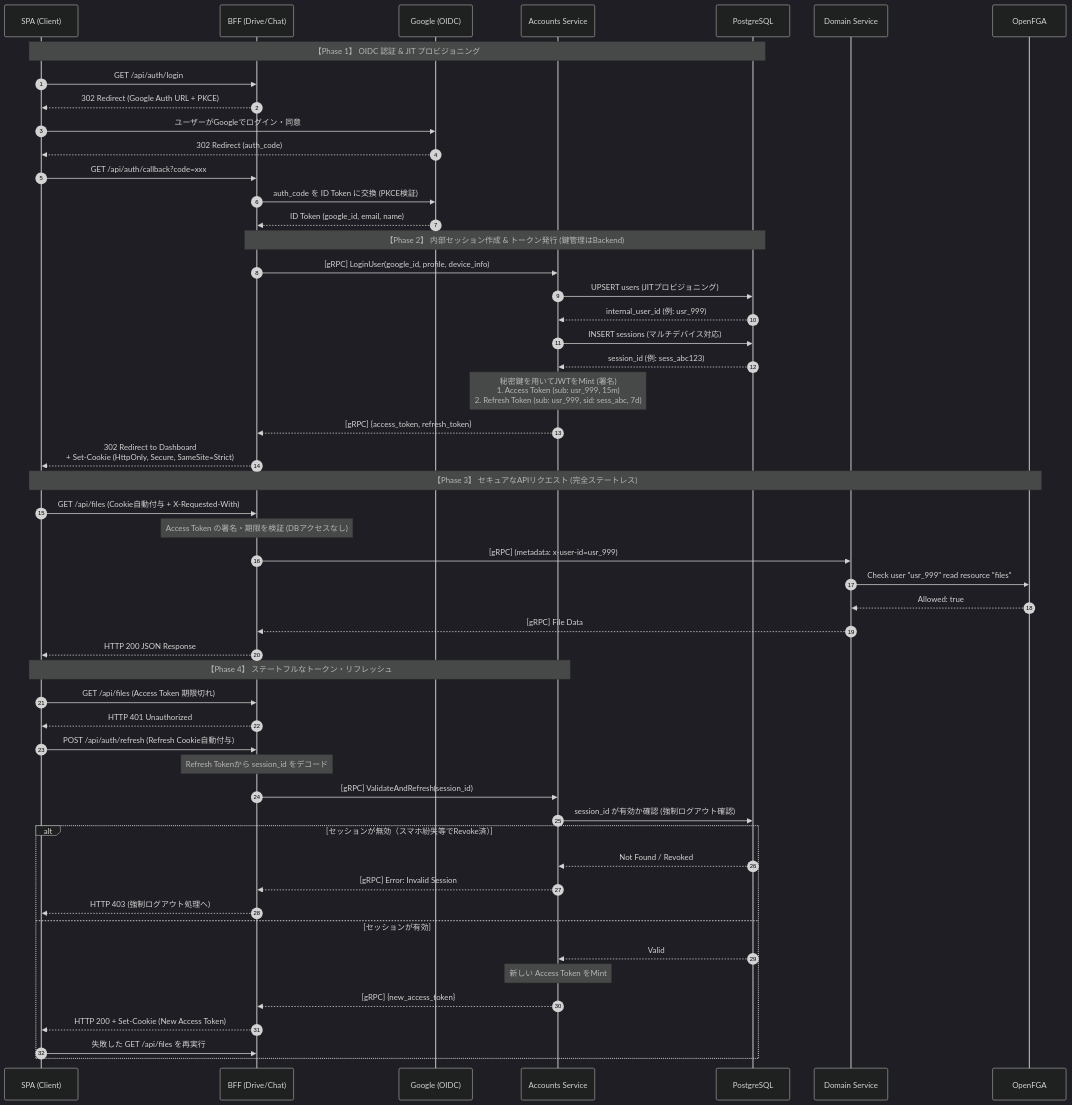
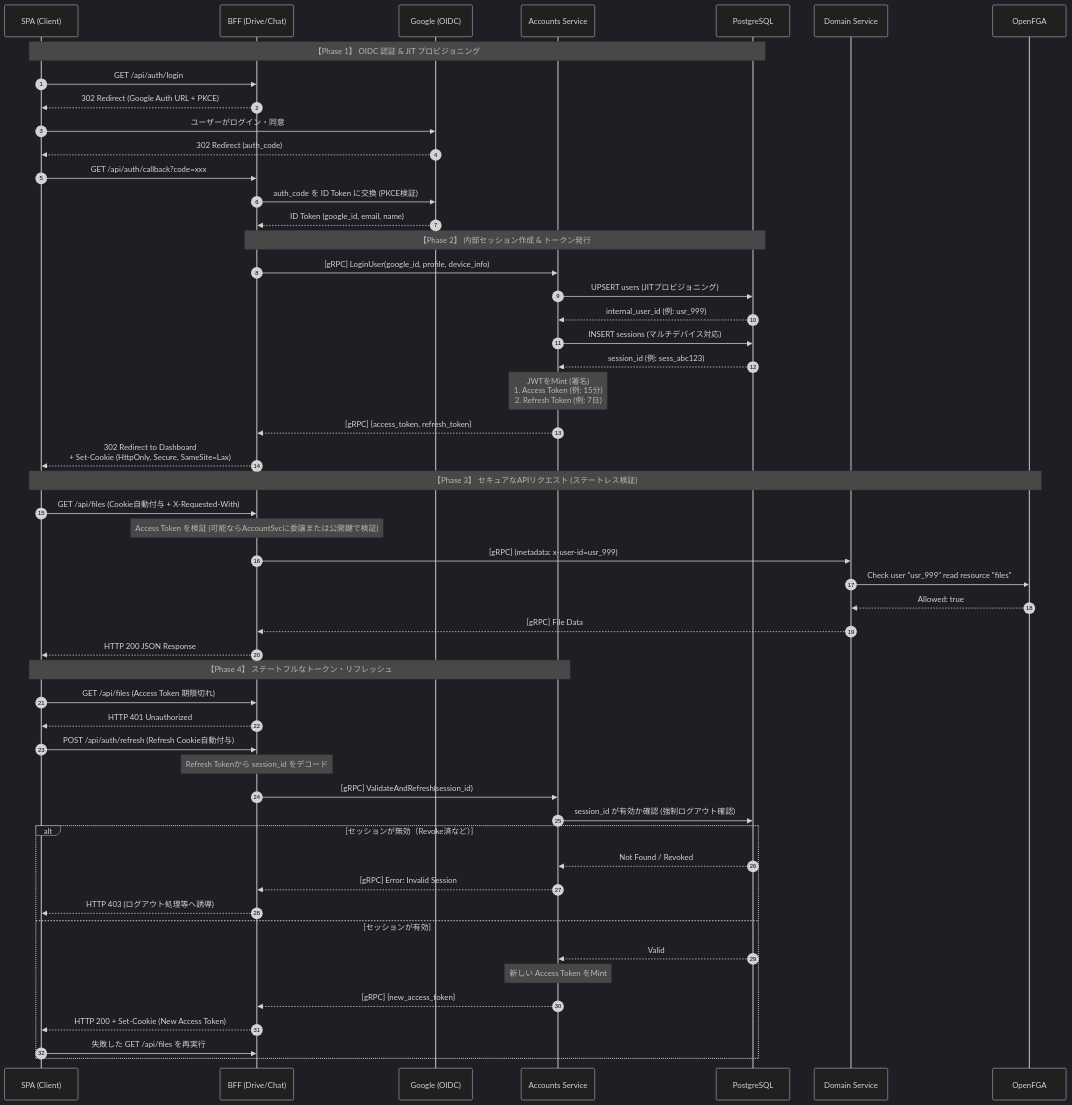
One commit to barn0w1/hss-science changed the second of 2 diagrams in docs/AUTH.md. Above: the diagram before and after it, drawn with Mermaid (dark theme). The commit also changed other lines of this file and 2 other files, not shown here.

````diff
--- a/docs/AUTH.md
+++ b/docs/AUTH.md
@@ -96,74 +133,74 @@
 ```mermaid
 sequenceDiagram
     autonumber
 
     participant SPA as SPA (Client)
     participant BFF as BFF (Drive/Chat)
     participant Google as Google (OIDC)
     participant AccountSvc as Accounts Service
     participant DB as PostgreSQL
     participant Backend as Domain Service
     participant AuthZ as OpenFGA
 
     Note over SPA,DB: 【Phase 1】 OIDC 認証 & JIT プロビジョニング
 
     SPA->>BFF: GET /api/auth/login
     BFF-->>SPA: 302 Redirect (Google Auth URL + PKCE)
-    SPA->>Google: ユーザーがGoogleでログイン・同意
+    SPA->>Google: ユーザーがログイン・同意
     Google-->>SPA: 302 Redirect (auth_code)
 
     SPA->>BFF: GET /api/auth/callback?code=xxx
     BFF->>Google: auth_code を ID Token に交換 (PKCE検証)
     Google-->>BFF: ID Token (google_id, email, name)
 
-    Note over BFF,DB: 【Phase 2】 内部セッション作成 & トークン発行 (鍵管理はBackend)
+    Note over BFF,DB: 【Phase 2】 内部セッション作成 & トークン発行
     
     BFF->>AccountSvc: [gRPC] LoginUser(google_id, profile, device_info)
     
     AccountSvc->>DB: UPSERT users (JITプロビジョニング)
     DB-->>AccountSvc: internal_user_id (例: usr_999)
     
     AccountSvc->>DB: INSERT sessions (マルチデバイス対応)
     DB-->>AccountSvc: session_id (例: sess_abc123)
     
-    Note over AccountSvc: 秘密鍵を用いてJWTをMint (署名)<br/>1. Access Token (sub: usr_999, 15m)<br/>2. Refresh Token (sub: usr_999, sid: sess_abc, 7d)
+    Note over AccountSvc: JWTをMint (署名)<br/>1. Access Token (例: 15分)<br/>2. Refresh Token (例: 7日)
     
     AccountSvc-->>BFF: [gRPC] {access_token, refresh_token}
 
-    BFF-->>SPA: 302 Redirect to Dashboard <br/> + Set-Cookie (HttpOnly, Secure, SameSite=Strict)
+    BFF-->>SPA: 302 Redirect to Dashboard <br/> + Set-Cookie (HttpOnly, Secure, SameSite=Lax)
 
-    Note over SPA,AuthZ: 【Phase 3】 セキュアなAPIリクエスト (完全ステートレス)
+    Note over SPA,AuthZ: 【Phase 3】 セキュアなAPIリクエスト (ステートレス検証)
 
     SPA->>BFF: GET /api/files (Cookie自動付与 + X-Requested-With)
-    Note over BFF: Access Token の署名・期限を検証 (DBアクセスなし)
+    Note over BFF: Access Token を検証 (可能ならAccountSvcに委譲または公開鍵で検証)
     
     BFF->>Backend: [gRPC] (metadata: x-user-id=usr_999)
     Backend->>AuthZ: Check user "usr_999" read resource "files"
     AuthZ-->>Backend: Allowed: true
     Backend-->>BFF: [gRPC] File Data
     BFF-->>SPA: HTTP 200 JSON Response
 
     Note over SPA,AccountSvc: 【Phase 4】 ステートフルなトークン・リフレッシュ
 
     SPA->>BFF: GET /api/files (Access Token 期限切れ)
     BFF-->>SPA: HTTP 401 Unauthorized
 
     SPA->>BFF: POST /api/auth/refresh (Refresh Cookie自動付与)
     Note over BFF: Refresh Tokenから session_id をデコード
     
     BFF->>AccountSvc: [gRPC] ValidateAndRefresh(session_id)
     AccountSvc->>DB: session_id が有効か確認 (強制ログアウト確認)
     
-    alt セッションが無効（スマホ紛失等でRevoke済）
+    alt セッションが無効（Revoke済など）
         DB-->>AccountSvc: Not Found / Revoked
         AccountSvc-->>BFF: [gRPC] Error: Invalid Session
-        BFF-->>SPA: HTTP 403 (強制ログアウト処理へ)
+        BFF-->>SPA: HTTP 403 (ログアウト処理等へ誘導)
     else セッションが有効
         DB-->>AccountSvc: Valid
         Note over AccountSvc: 新しい Access Token をMint
         AccountSvc-->>BFF: [gRPC] {new_access_token}
         BFF-->>SPA: HTTP 200 + Set-Cookie (New Access Token)
         SPA->>BFF: 失敗した GET /api/files を再実行
     end
 
 ```
````
